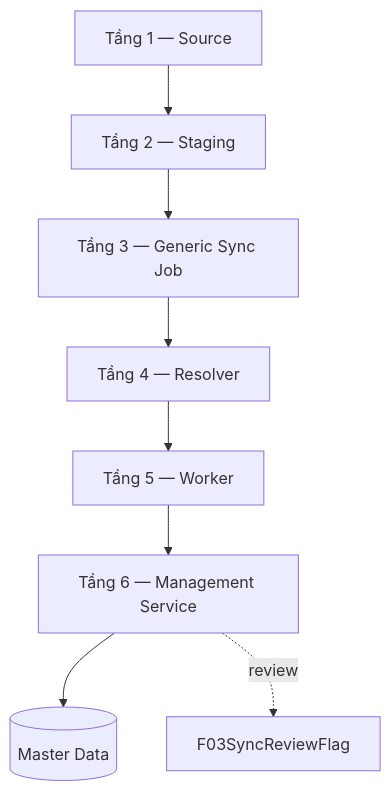
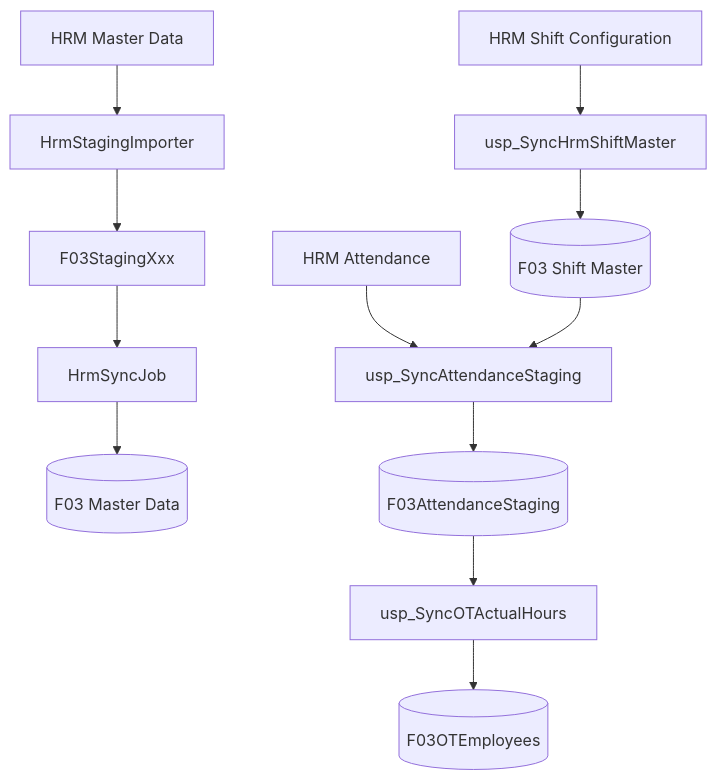
Before and after one commit to Nang0559/Reggister: the first of 13 diagrams in MÔ HÌNH/05_SYNC_FLOW.md, drawn with Mermaid. The commit also changed other lines of this file, not shown here.

Commit message:
docs: document current HRM source and shift master contracts

````diff
--- a/MÔ HÌNH/05_SYNC_FLOW.md
+++ b/MÔ HÌNH/05_SYNC_FLOW.md
@@ -7,10 +7,16 @@
 ```mermaid
 flowchart TB
-    S1[Tầng 1 — Source] --> S2[Tầng 2 — Staging]
-    S2 --> S3[Tầng 3 — Generic Sync Job]
-    S3 --> S4[Tầng 4 — Resolver]
-    S4 --> S5[Tầng 5 — Worker]
-    S5 --> S6[Tầng 6 — Management Service]
-    S6 --> DB[(Master Data)]
-    S6 -. review .-> RF[F03SyncReviewFlag]
+    HM[HRM Master Data] --> IMP[HrmStagingImporter]
+    IMP --> STG[F03StagingXxx]
+    STG --> JOB[HrmSyncJob]
+    JOB --> MD[(F03 Master Data)]
+
+    HS[HRM Shift Configuration] --> SMS[usp_SyncHrmShiftMaster]
+    SMS --> SHIFT[(F03 Shift Master)]
+
+    HA[HRM Attendance] --> ATT[usp_SyncAttendanceStaging]
+    SHIFT --> ATT
+    ATT --> AST[(F03AttendanceStaging)]
+    AST --> OT[usp_SyncOTActualHours]
+    OT --> OTF[(F03OTEmployees)]
 ```
````
